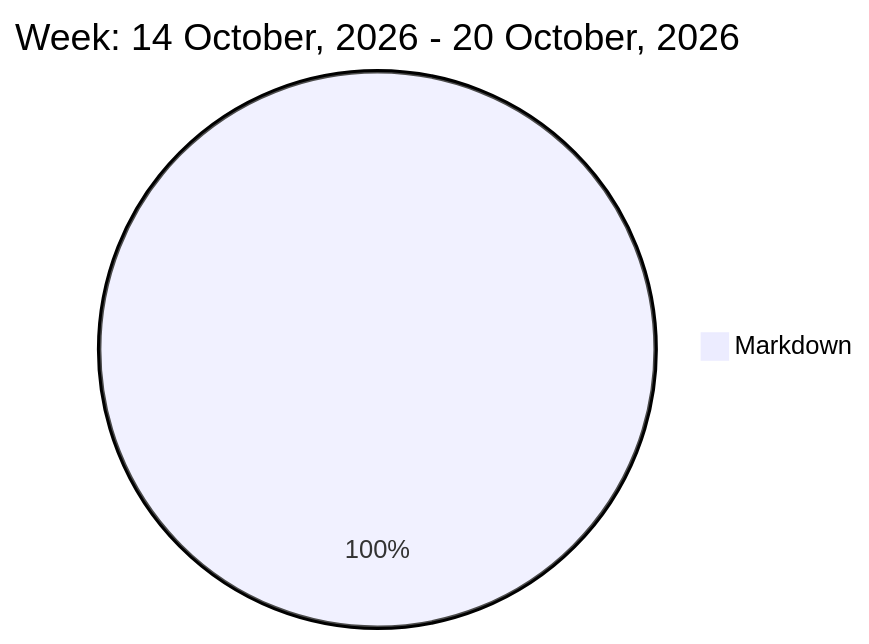
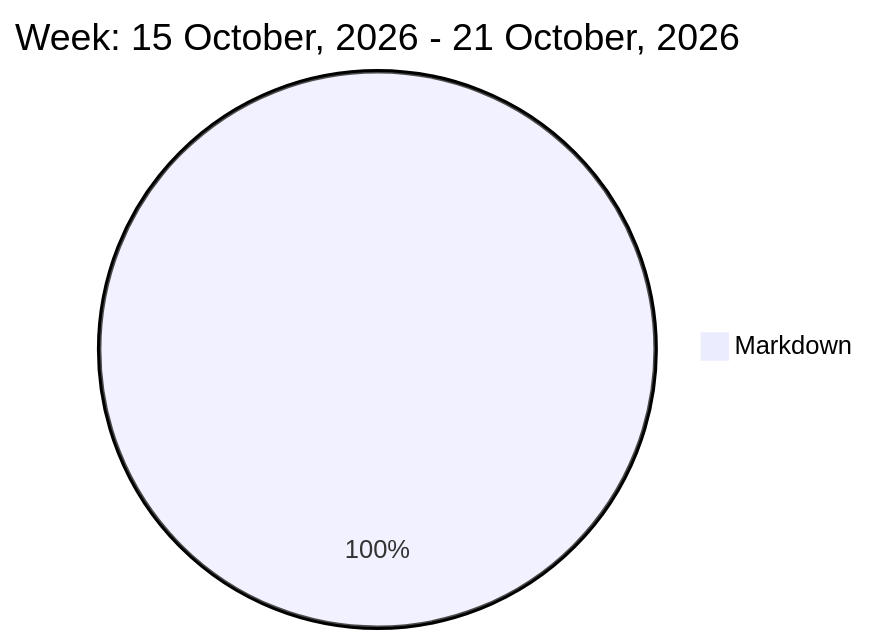
The diagram in README.md (liubin95/liubin95), drawn with Mermaid before and after one commit.

Commit message:
Updated the Graph with new Metrics

````diff
--- a/README.md
+++ b/README.md
@@ -32,5 +32,5 @@
 ```mermaid
  pie
-title Week: 14 October, 2026 - 20 October, 2026
- "Markdown" : 3.67
+title Week: 15 October, 2026 - 21 October, 2026
+ "Markdown" : 2.0
 ```
````
